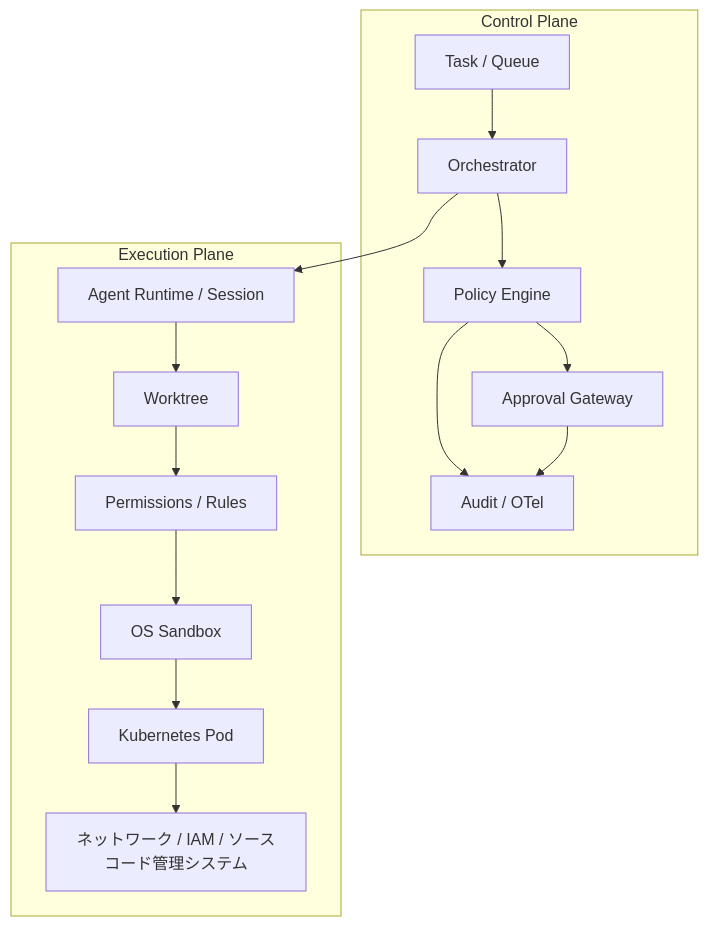
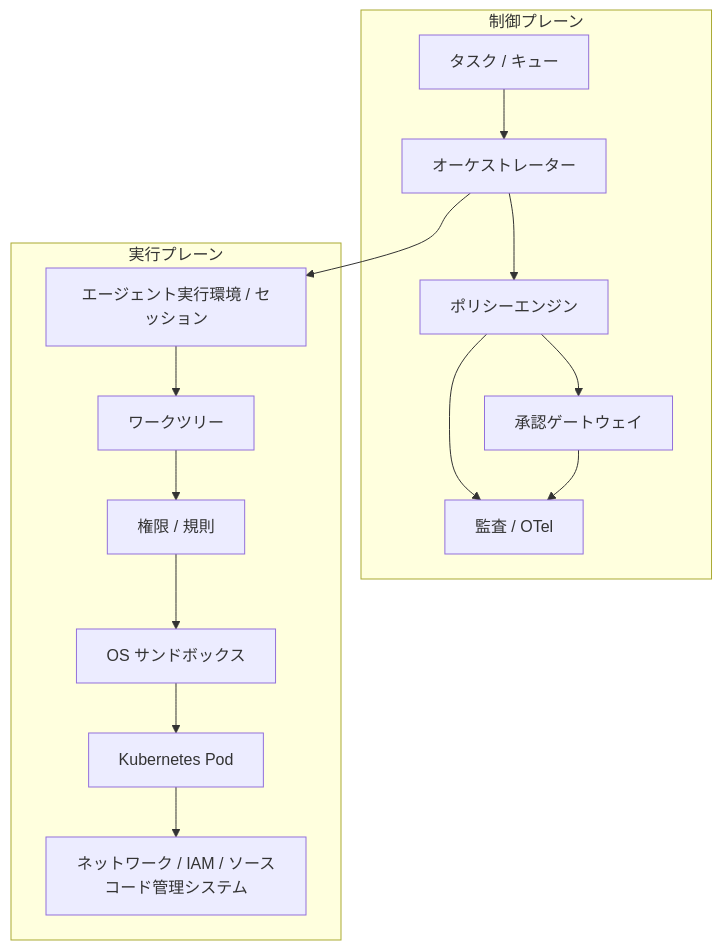
Before and after one commit to tomo-chan/agent-harness: the first of 3 diagrams in docs/ja/01-architecture.md, drawn with Mermaid. The commit also changed other lines of this file and 5 other files, not shown here.

Commit message:
docs: 日本語仕様の用語と図を統一

````diff
--- a/docs/ja/01-architecture.md
+++ b/docs/ja/01-architecture.md
@@ -13,20 +13,20 @@
 ```mermaid
 flowchart TB
-    subgraph CP[Control Plane]
-        T[Task / Queue] --> O[Orchestrator]
-        O --> P[Policy Engine]
-        P --> A[Approval Gateway]
-        P --> OT[Audit / OTel]
+    subgraph CP[制御プレーン]
+        T[タスク / キュー] --> O[オーケストレーター]
+        O --> P[ポリシーエンジン]
+        P --> A[承認ゲートウェイ]
+        P --> OT[監査 / OTel]
         A --> OT
     end
 
-    subgraph EP[Execution Plane]
-        R[Agent Runtime / Session] --> W[Worktree]
-        W --> PR[Permissions / Rules]
-        PR --> S[OS Sandbox]
+    subgraph EP[実行プレーン]
+        R[エージェント実行環境 / セッション] --> W[ワークツリー]
+        W --> PR[権限 / 規則]
+        PR --> S[OS サンドボックス]
         S --> K[Kubernetes Pod]
         K --> N[ネットワーク / IAM / ソースコード管理システム]
     end
 
     O --> R
 ```
````
